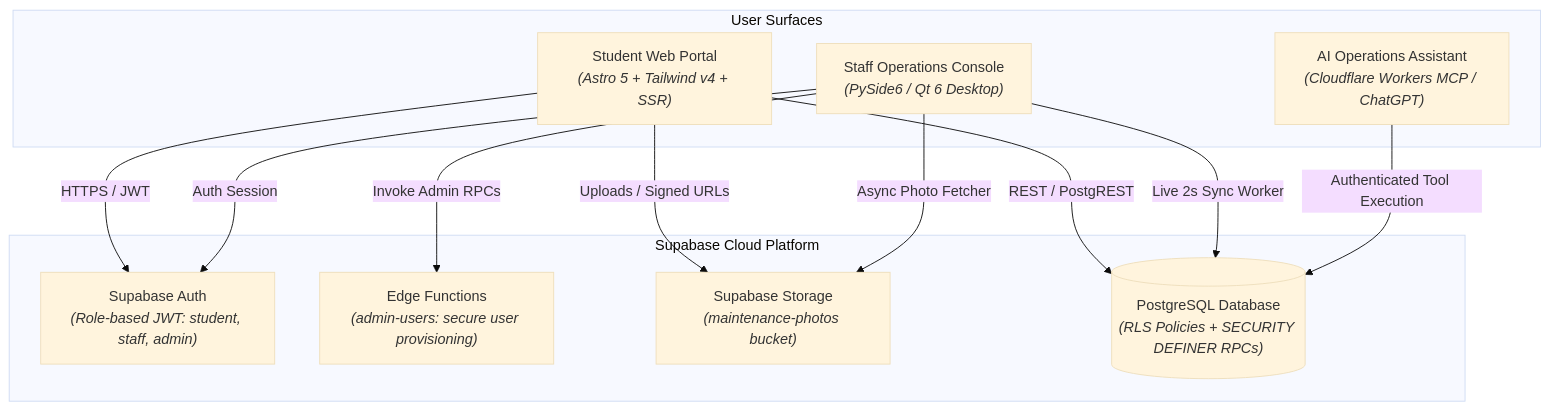
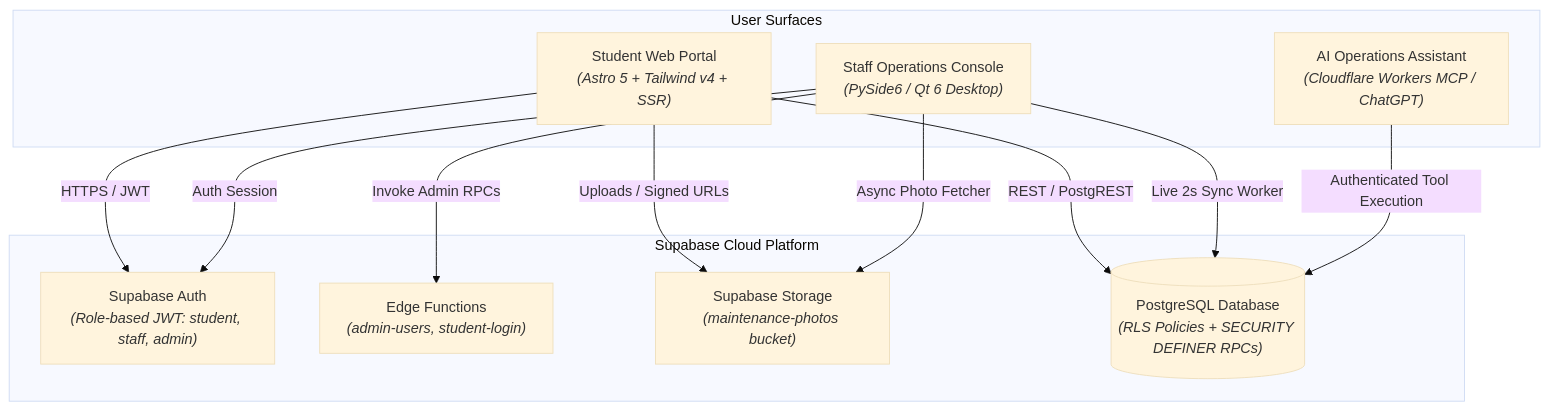
One commit to anesdevv/residence-management-system changed the diagram in README.md. Above: the diagram before and after it, drawn with Mermaid (base theme). The commit also changed other lines of this file and 12 other files, not shown here.

````diff
--- a/README.md
+++ b/README.md
@@ -45,26 +45,26 @@
 ```mermaid
 flowchart TD
     subgraph Clients["User Surfaces"]
         Web["Student Web Portal<br/><i>(Astro 5 + Tailwind v4 + SSR)</i>"]
         Desktop["Staff Operations Console<br/><i>(PySide6 / Qt 6 Desktop)</i>"]
         MCP["AI Operations Assistant<br/><i>(Cloudflare Workers MCP / ChatGPT)</i>"]
     end
 
     subgraph Backend["Supabase Cloud Platform"]
         Auth["Supabase Auth<br/><i>(Role-based JWT: student, staff, admin)</i>"]
-        Edge["Edge Functions<br/><i>(admin-users: secure user provisioning)</i>"]
+        Edge["Edge Functions<br/><i>(admin-users, student-login)</i>"]
         Storage["Supabase Storage<br/><i>(maintenance-photos bucket)</i>"]
         Postgres[("PostgreSQL Database<br/><i>(RLS Policies + SECURITY DEFINER RPCs)</i>")]
     end
 
     Web -->|HTTPS / JWT| Auth
     Web -->|Uploads / Signed URLs| Storage
     Web -->|REST / PostgREST| Postgres
 
     Desktop -->|Live 2s Sync Worker| Postgres
     Desktop -->|Async Photo Fetcher| Storage
     Desktop -->|Invoke Admin RPCs| Edge
     Desktop -->|Auth Session| Auth
 
     MCP -->|Authenticated Tool Execution| Postgres
 ```
````
